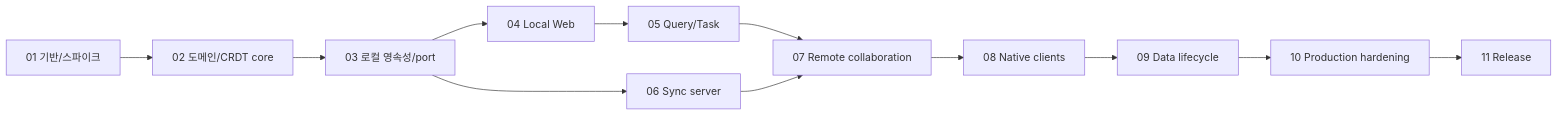
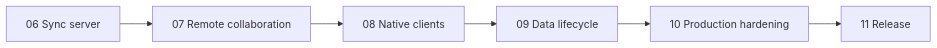
Before and after one commit to waneon/neoseq: the diagram in steps/README.md, drawn with Mermaid. The commit also changed other lines of this file and 100 other files, not shown here.

Commit message:
refactor: reset local architecture for step 6

````diff
--- a/steps/README.md
+++ b/steps/README.md
@@ -56,14 +50,8 @@
 ```mermaid
 flowchart LR
-    S1[01 기반/스파이크] --> S2[02 도메인/CRDT core]
-    S2 --> S3[03 로컬 영속성/port]
-    S3 --> S4[04 Local Web]
-    S4 --> S5[05 Query/Task]
-    S3 --> S6[06 Sync server]
-    S5 --> S7[07 Remote collaboration]
-    S6 --> S7
+    S6[06 Sync server] --> S7[07 Remote collaboration]
     S7 --> S8[08 Native clients]
     S8 --> S9[09 Data lifecycle]
     S9 --> S10[10 Production hardening]
     S10 --> S11[11 Release]
 ```
````
